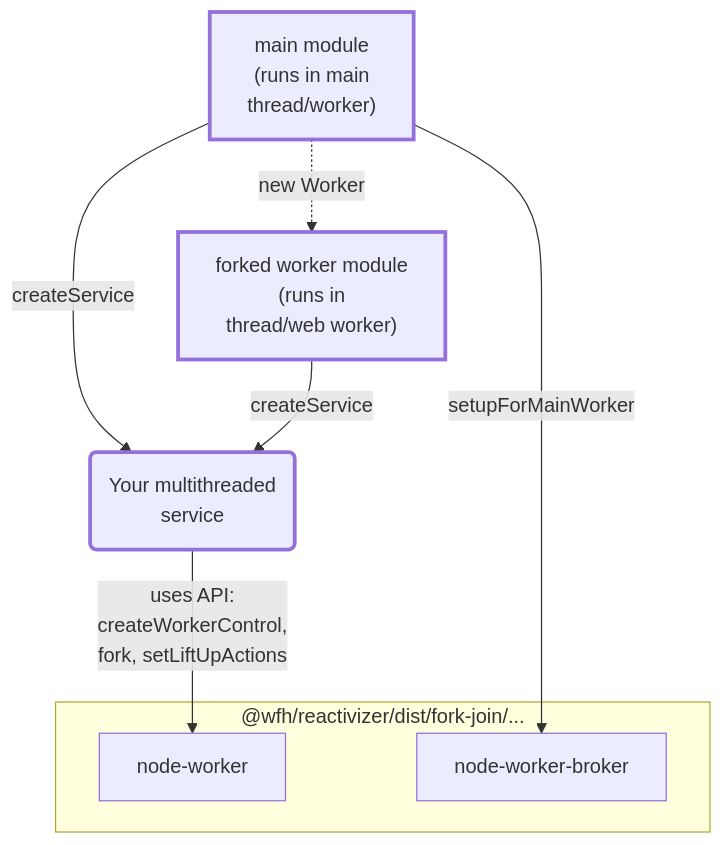
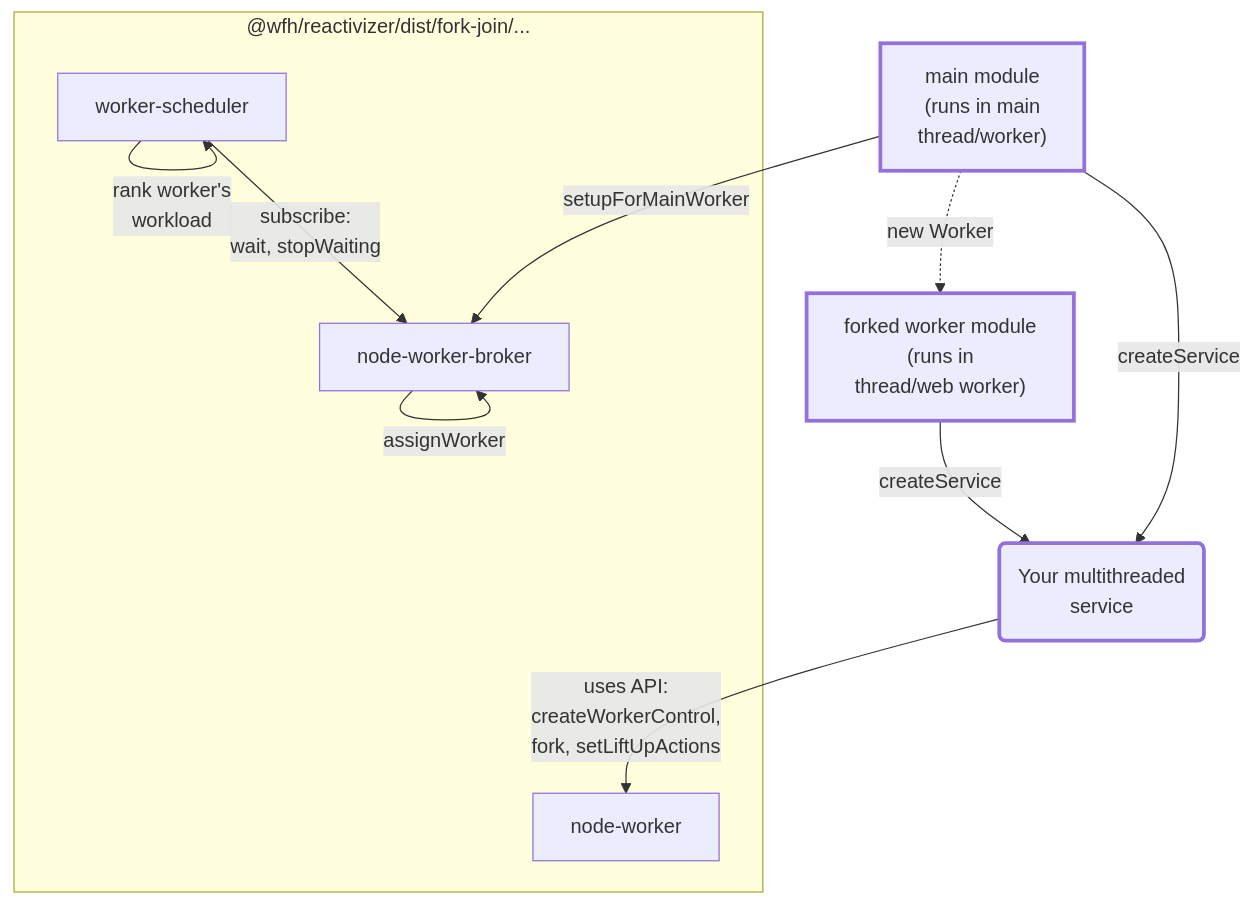
The diagram in main/packages/reactivizer/docs/fork-join.md (liujingbreak/plink), drawn with Mermaid before and after one commit. The commit also changed other lines of this file and 97 other files, not shown here.

````diff
--- a/main/packages/reactivizer/docs/fork-join.md
+++ b/main/packages/reactivizer/docs/fork-join.md
@@ -4,23 +4,28 @@
 ```mermaid
 flowchart TB
 
 main["main module<br>(runs in main<br>thread/worker)"]
 workerBase[node-worker]
 broker[node-worker-broker]
 service("Your multithreaded <br>service")
 worker["forked worker module<br>(runs in<br>thread/web worker)"]
+scheduler[worker-scheduler]
 
 main-->|createService| service
 service -->|uses API:<br>createWorkerControl,<br>fork, setLiftUpActions| workerBase
 main -->|setupForMainWorker| broker
 main -.->|new Worker|worker
+scheduler --> |subscribe:<br>wait, stopWaiting|broker
+broker --> |assignWorker|broker
+scheduler --> |rank worker's<br>workload|scheduler
 
 subgraph "@wfh/reactivizer/dist/fork-join/..."
   workerBase
   broker
+  scheduler
 end
 
 worker -->|createService| service
 classDef yours stroke-width: 3px;
 class main,worker,service yours;
 ```
````
